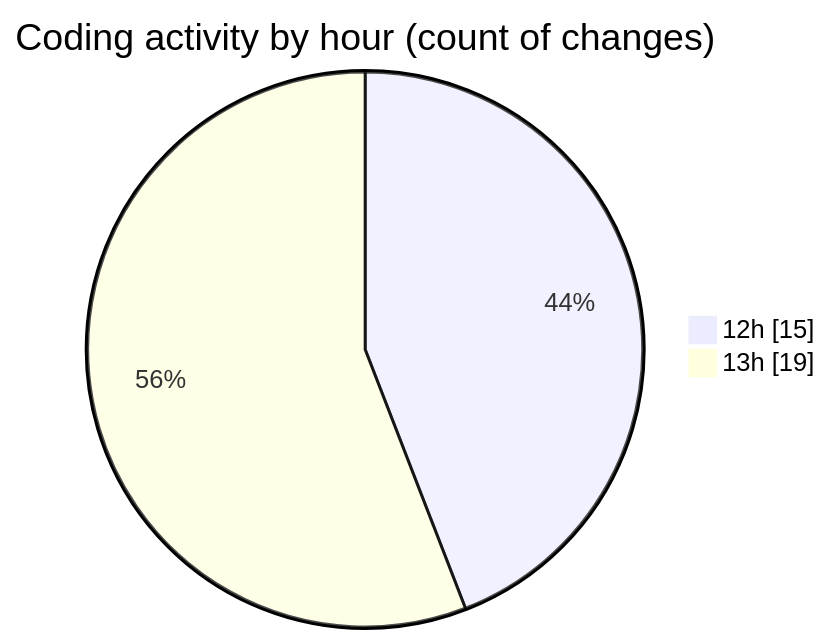
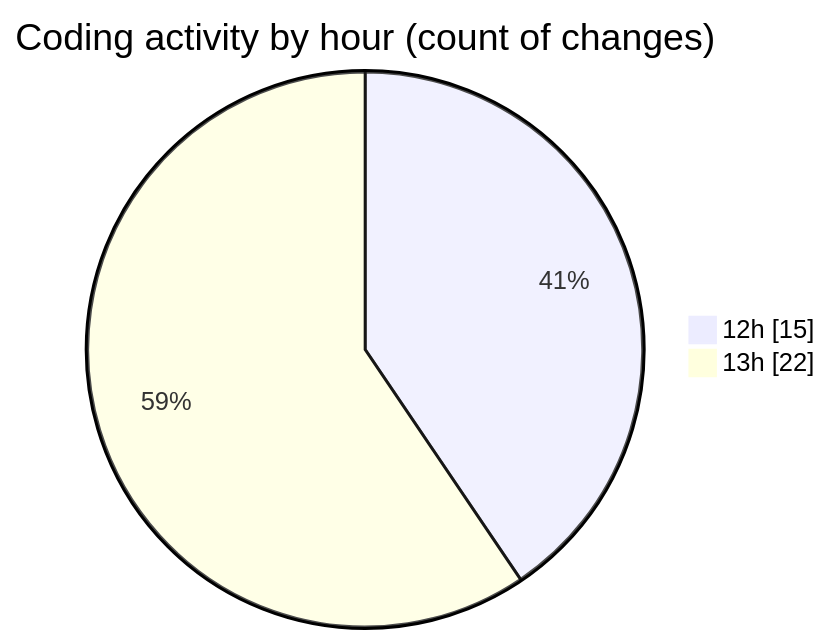
One commit to CELIANVF/code-tracking changed the second of 2 diagrams in 2025-05-21/ecodeli-1/README.md. Above: the diagram before and after it, drawn with Mermaid. The commit also changed other lines of this file and 1 other file, not shown here.

````diff
--- a/2025-05-21/ecodeli-1/README.md
+++ b/2025-05-21/ecodeli-1/README.md
@@ -49,6 +49,6 @@
 ```mermaid
 pie showData
 title Coding activity by hour (count of changes)
 "12h" : 15
-"13h" : 19
+"13h" : 22
 ```
````
